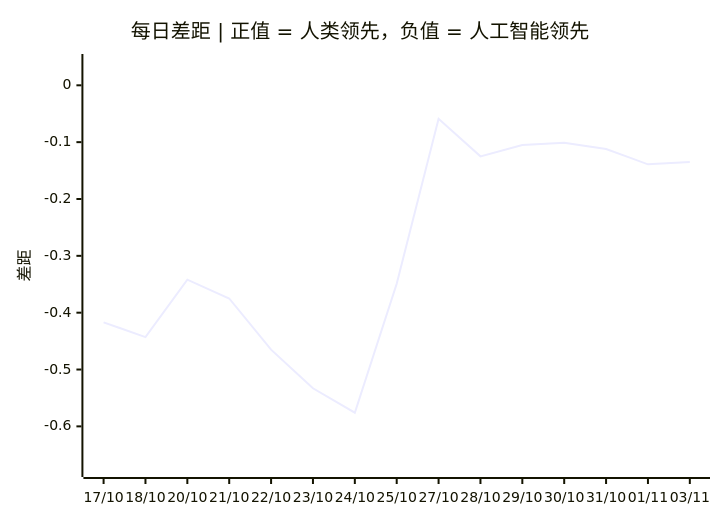
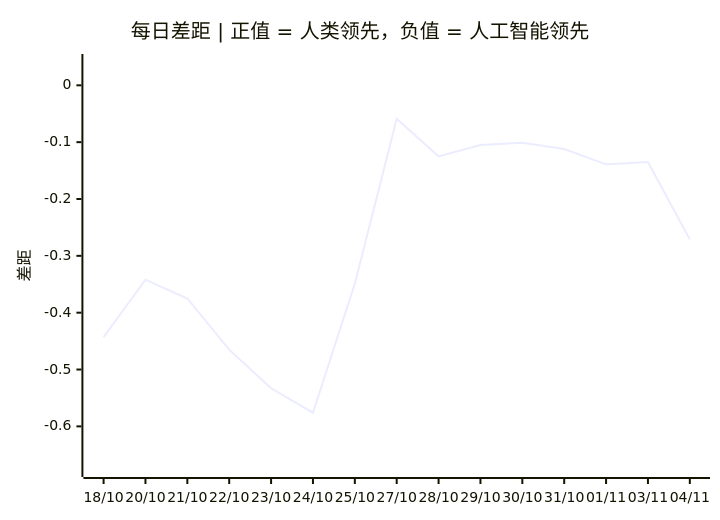
The third of 3 diagrams in README.zh.md (VQQLK/Human-AI-Monitor), drawn with Mermaid before and after one commit. The commit also changed other lines of this file and 3 other files, not shown here.

````diff
--- a/README.zh.md
+++ b/README.zh.md
@@ -56,7 +56,7 @@
 ```mermaid
 xychart-beta
     title "每日差距 | 正值 = 人类领先，负值 = 人工智能领先"
-    x-axis ["17/10", "18/10", "20/10", "21/10", "22/10", "23/10", "24/10", "25/10", "27/10", "28/10", "29/10", "30/10", "31/10", "01/11", "03/11"]
+    x-axis ["18/10", "20/10", "21/10", "22/10", "23/10", "24/10", "25/10", "27/10", "28/10", "29/10", "30/10", "31/10", "01/11", "03/11", "04/11"]
     y-axis "差距" -0.675 --> 0.041
-    line [-0.417, -0.443, -0.342, -0.375, -0.465, -0.533, -0.576, -0.349, -0.059, -0.125, -0.105, -0.101, -0.112, -0.139, -0.135]
+    line [-0.443, -0.342, -0.375, -0.465, -0.533, -0.576, -0.349, -0.059, -0.125, -0.105, -0.101, -0.112, -0.139, -0.135, -0.271]
 ```
````
